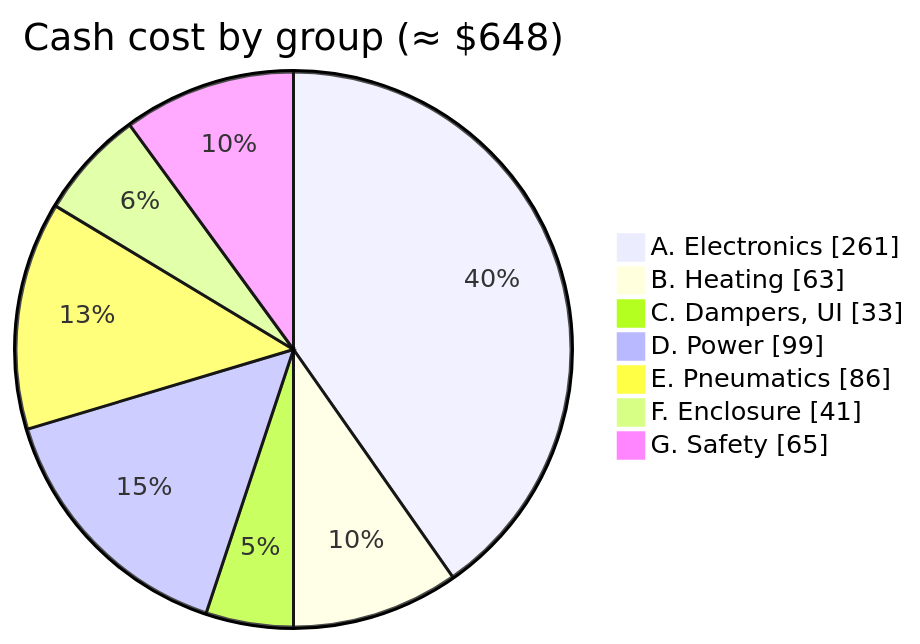
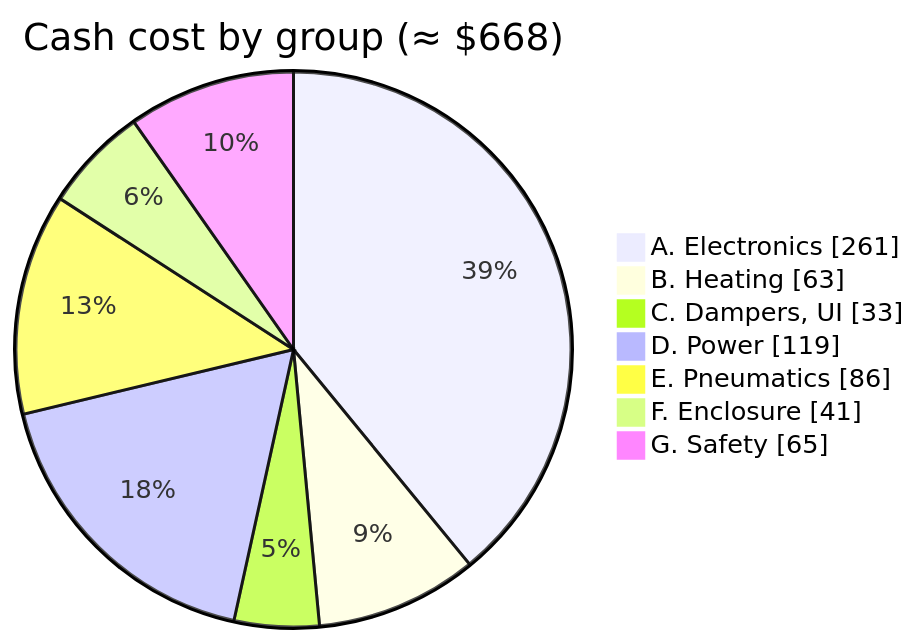
Before and after one commit to BashfulBits/3dp-fleet-exhaust: the diagram in docs/03_bill_of_materials.md, drawn with Mermaid. The commit also changed other lines of this file and 6 other files, not shown here.

````diff
--- a/docs/03_bill_of_materials.md
+++ b/docs/03_bill_of_materials.md
@@ -28,11 +28,11 @@
 ```mermaid
 pie showData
-  title Cash cost by group (≈ $648)
+  title Cash cost by group (≈ $668)
   "A. Electronics" : 261
   "B. Heating" : 63
   "C. Dampers, UI" : 33
-  "D. Power" : 99
+  "D. Power" : 119
   "E. Pneumatics" : 86
   "F. Enclosure" : 41
   "G. Safety" : 65
 ```
````
